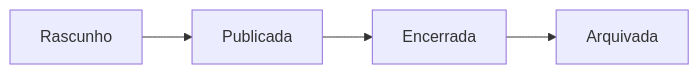
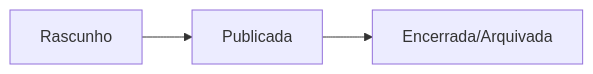
The first of 2 diagrams in 04-SRS/01-SRS-IEEE830.md (daniellobo-ops/requisitos-20262-grupo07), drawn with Mermaid before and after one commit. The commit also changed other lines of this file, not shown here.

Commit message:
docs(sprint2): harmoniza estados finais de oportunidades com RN08

````diff
--- a/04-SRS/01-SRS-IEEE830.md
+++ b/04-SRS/01-SRS-IEEE830.md
@@ -222,6 +222,5 @@
 ```mermaid
 flowchart LR
   R[Rascunho] --> P[Publicada]
-  P --> E[Encerrada]
-  E --> A[Arquivada]
+  P --> E["Encerrada/Arquivada"]
 ```
````
